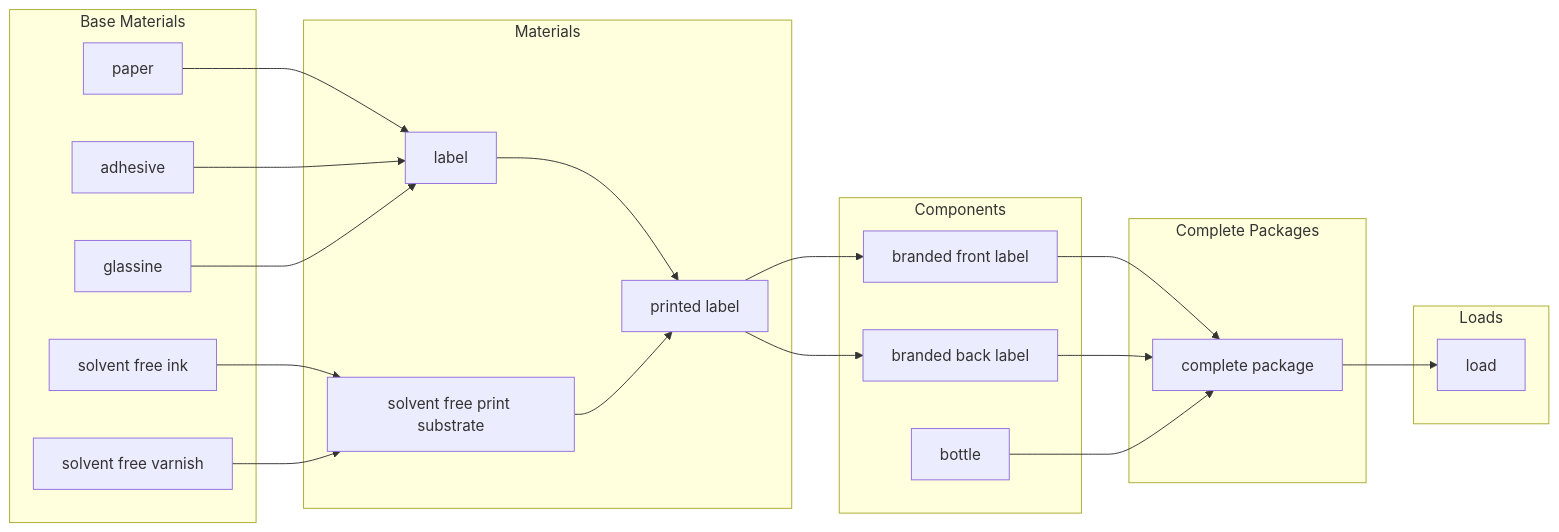
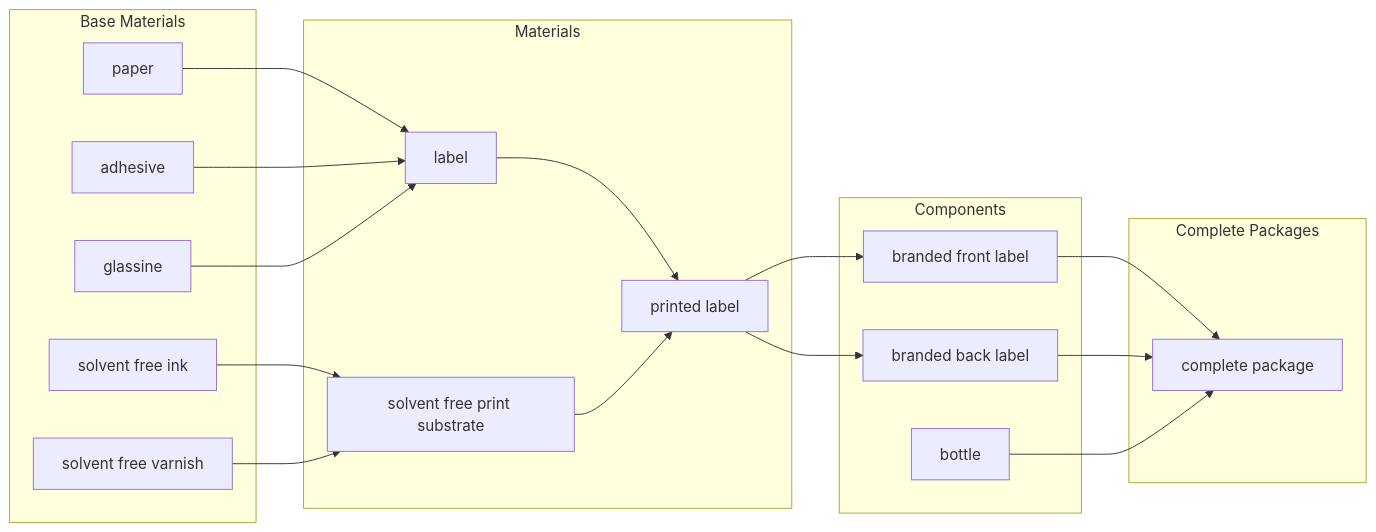
Before and after one commit to OpenDataManchester/Open3P: the sixth of 8 diagrams in docs/1_Start_Here/1_3_Data_Flow.md, drawn with Mermaid. The commit also changed other lines of this file, not shown here.

Commit message:
Improved Data Flow page

````diff
--- a/docs/1_Start_Here/1_3_Data_Flow.md
+++ b/docs/1_Start_Here/1_3_Data_Flow.md
@@ -199,39 +185,35 @@
 ``` mermaid
 flowchart LR
     subgraph baseMaterials[Base Materials]
         bm_paper[paper]
         bm_adhesive[adhesive]
         bm_glassine[glassine]
         bm_ink[solvent free ink]
         bm_varnish[solvent free varnish]
     end
     subgraph materials[Materials]
         ma_label[label]
         ma_coating[solvent free print substrate]
         ma_label2[printed label]
     end
     subgraph components[Components]
         co_topLabel[branded front label]
         co_bottomLabel[branded back label]
         co_example[bottle]
     end
     subgraph completePackages[Complete Packages]
         cp_example[complete package]
     end
-    subgraph loads[Loads]
-        lo_example[load]
-    end
     bm_paper --> ma_label
     bm_adhesive --> ma_label
     bm_glassine --> ma_label
     bm_ink --> ma_coating
     bm_varnish --> ma_coating
     ma_label --> ma_label2
     ma_coating --> ma_label2
     ma_label2 --> co_topLabel
     ma_label2 --> co_bottomLabel
     co_topLabel --> cp_example
     co_bottomLabel --> cp_example
     co_example --> cp_example
-    cp_example --> lo_example
 ```
````
